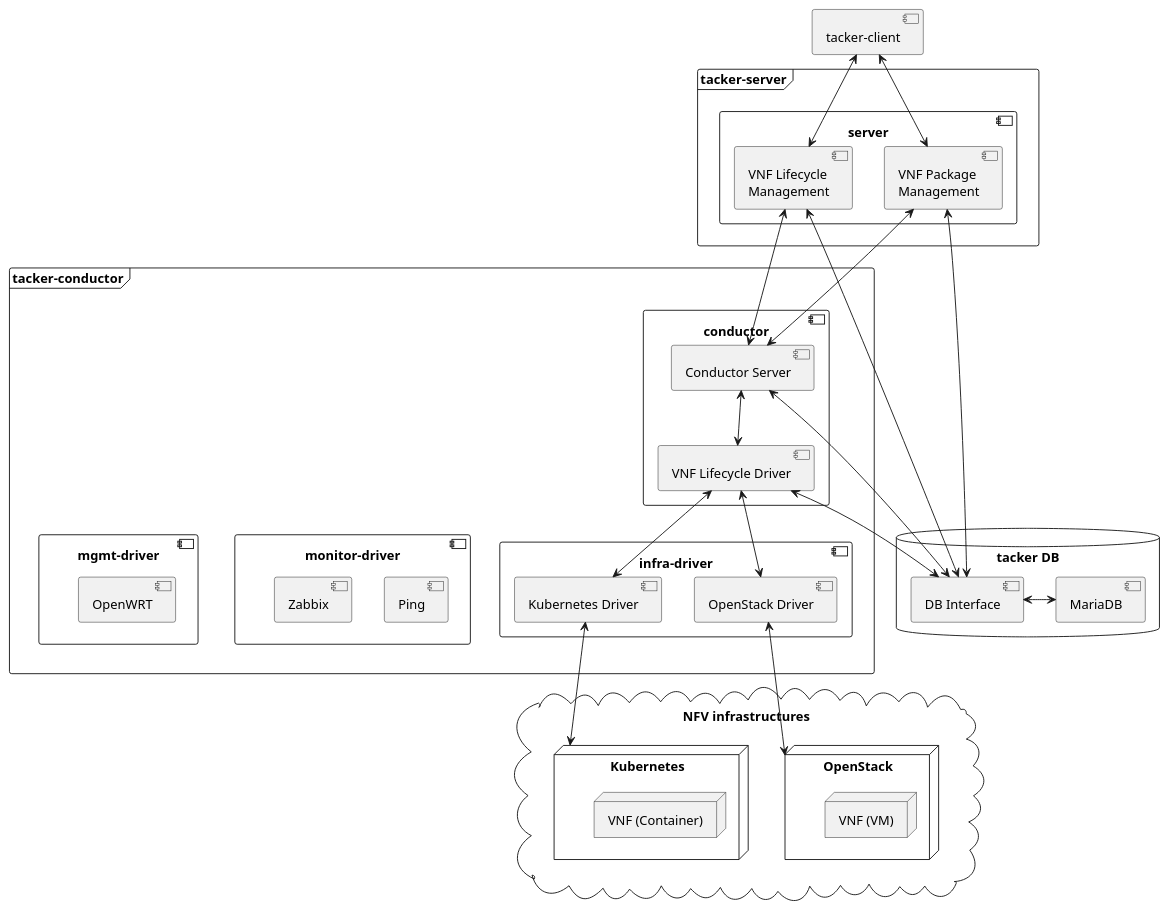
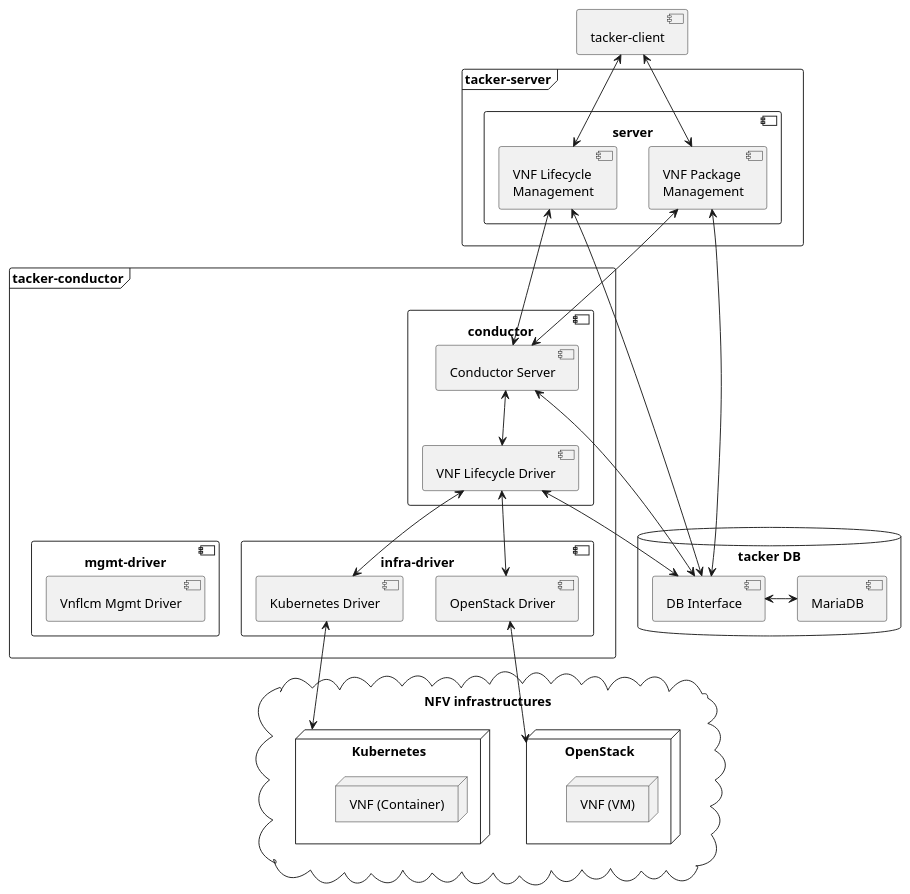
One commit to openstack/tacker changed the diagram in doc/source/_images/tacker-design-etsi.pu. Above: the diagram before and after it, drawn with PlantUML. The commit also changed 396 other files, not shown here.

```diff
--- a/doc/source/_images/tacker-design-etsi.pu
+++ b/doc/source/_images/tacker-design-etsi.pu
@@ -1,81 +1,64 @@
 @startuml
 
 '# Components
 component "tacker-client" as client
 
 frame "tacker-server" {
     component server {
         component "VNF Lifecycle\nManagement" as lcm
         component "VNF Package\nManagement" as vnfpkgm
     }
 }
 
 frame "tacker-conductor" {
-    component "mgmt-driver" as mgmt {
+    component "mgmt-driver" {
         'component Noop as noop
-        component OpenWRT as wrt
-    }
-    component "monitor-driver" as monitor {
-        component Ping as ping
-        component Zabbix as zabbix
+        component "Vnflcm Mgmt Driver" as mgmt
     }
     component conductor {
         component "Conductor Server" as cond
         component "VNF Lifecycle Driver" as lcm_driver
     }
     component "infra-driver" as infra {
         component "OpenStack Driver" as os_driver
         component "Kubernetes Driver" as ks_driver
     }
 }
 
 database "tacker DB" as db {
     component "DB Interface" as db_if
     component "MariaDB" as maria
     db_if <-right-> maria
 }
 
 cloud "NFV infrastructures" {
     node "OpenStack" as os {
         node "VNF (VM)" as vm
     }
     node "Kubernetes" as ks {
         node "VNF (Container)" as container
     }
 }
 
 '# Relationships
 client <-down-> lcm
 client <-down-> vnfpkgm
 
 lcm <-down-> db_if
 vnfpkgm <-down-> db_if
 
 lcm <-down-> cond
 cond <-down-> lcm_driver
 vnfpkgm <-down-> cond
 
 cond <-down-> db_if
 lcm_driver <-down-> db_if
 
 lcm_driver <-down-> os_driver
 os_driver <-down-> os
 lcm_driver <-down-> ks_driver
 ks_driver <-down-> ks
 
 lcm_driver <-[hidden]down-> mgmt
-lcm_driver <-[hidden]down-> monitor
-'cond <-down-> mgmt
-'cond <-down-> monitor
-/'
-'cond <-right-> noop
-cond <-right-> wrt
-wrt <-down-> vm
-cond <-down-> ping
-ping <-down-> vm
-cond <-down-> zabbix
-zabbix <-down-> vm
-mgmt <-[hidden]down-> monitor
-'/
 
 @enduml
```
